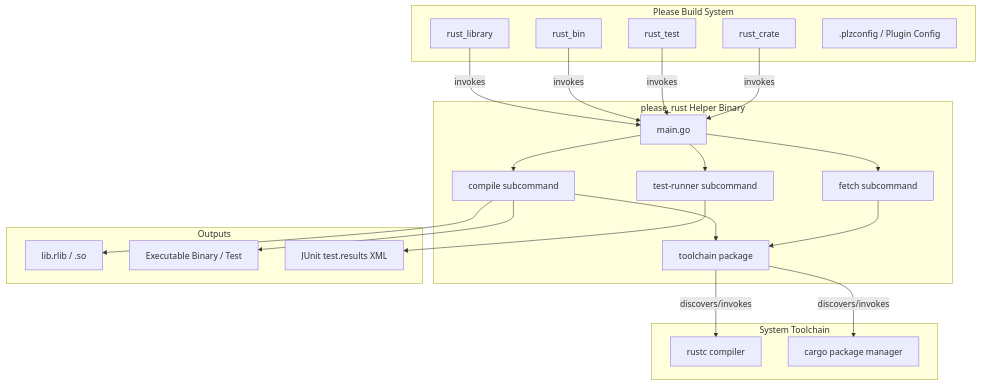
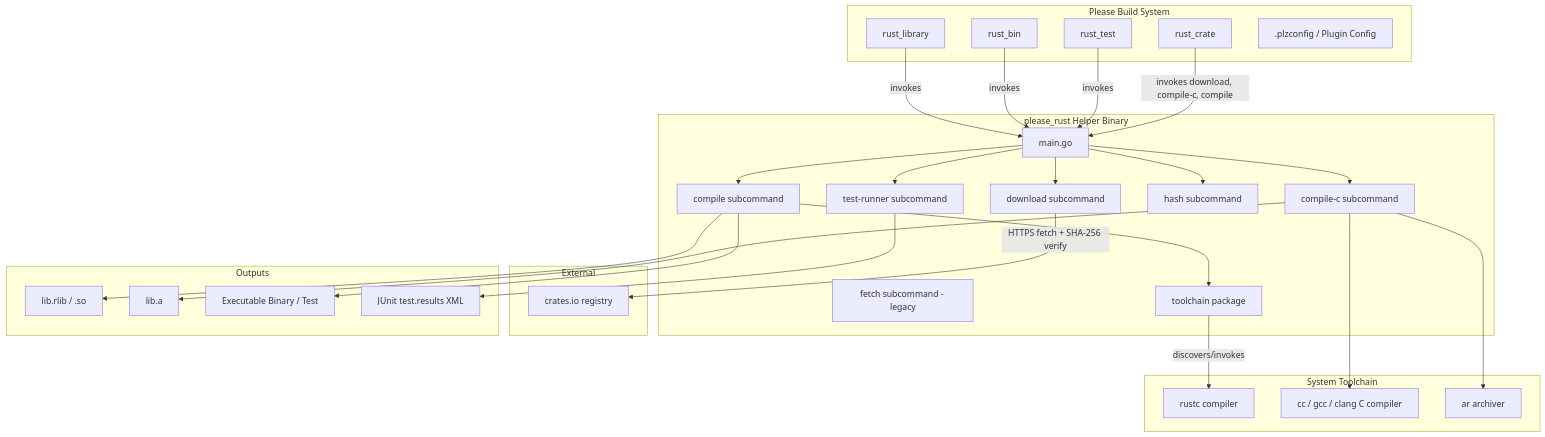
One commit to wcodesoft/please-rules changed the first of 2 diagrams in docs/architecture.md. Above: the diagram before and after it, drawn with Mermaid. The commit also changed other lines of this file and 7 other files, not shown here.

````diff
--- a/docs/architecture.md
+++ b/docs/architecture.md
@@ -19,48 +19,61 @@
 ```mermaid
 graph TD
     subgraph Please Build System
         RULE_LIB[rust_library]
         RULE_BIN[rust_bin]
         RULE_TEST[rust_test]
         RULE_CRATE[rust_crate]
         PLZCONFIG[.plzconfig / Plugin Config]
     end
 
     subgraph please_rust Helper Binary
         MAIN[main.go]
         CMD_COMPILE[compile subcommand]
-        CMD_FETCH[fetch subcommand]
+        CMD_DOWNLOAD[download subcommand]
+        CMD_COMPILE_C[compile-c subcommand]
+        CMD_HASH[hash subcommand]
         CMD_TESTRUNNER[test-runner subcommand]
+        CMD_FETCH[fetch subcommand - legacy]
         TOOLCHAIN[toolchain package]
     end
 
     subgraph System Toolchain
         RUSTC[rustc compiler]
-        CARGO[cargo package manager]
+        CC[cc / gcc / clang C compiler]
+        AR[ar archiver]
+    end
+
+    subgraph External
+        CRATES_IO[crates.io registry]
     end
 
     subgraph Outputs
         RLIB[lib<crate>.rlib / .so]
+        STATIC_A[lib<crate>.a]
         BIN[Executable Binary / Test]
         JUNIT[JUnit test.results XML]
     end
 
     RULE_LIB -->|invokes| MAIN
     RULE_BIN -->|invokes| MAIN
     RULE_TEST -->|invokes| MAIN
-    RULE_CRATE -->|invokes| MAIN
+    RULE_CRATE -->|invokes download, compile-c, compile| MAIN
 
     MAIN --> CMD_COMPILE
-    MAIN --> CMD_FETCH
+    MAIN --> CMD_DOWNLOAD
+    MAIN --> CMD_COMPILE_C
+    MAIN --> CMD_HASH
     MAIN --> CMD_TESTRUNNER
 
+    CMD_DOWNLOAD -->|HTTPS fetch + SHA-256 verify| CRATES_IO
+    CMD_COMPILE_C --> CC
+    CMD_COMPILE_C --> AR
+    CMD_COMPILE_C --> STATIC_A
+
     CMD_COMPILE --> TOOLCHAIN
-    CMD_FETCH --> TOOLCHAIN
-
     TOOLCHAIN -->|discovers/invokes| RUSTC
-    TOOLCHAIN -->|discovers/invokes| CARGO
 
     CMD_COMPILE --> RLIB
     CMD_COMPILE --> BIN
     CMD_TESTRUNNER --> JUNIT
 ```
````
